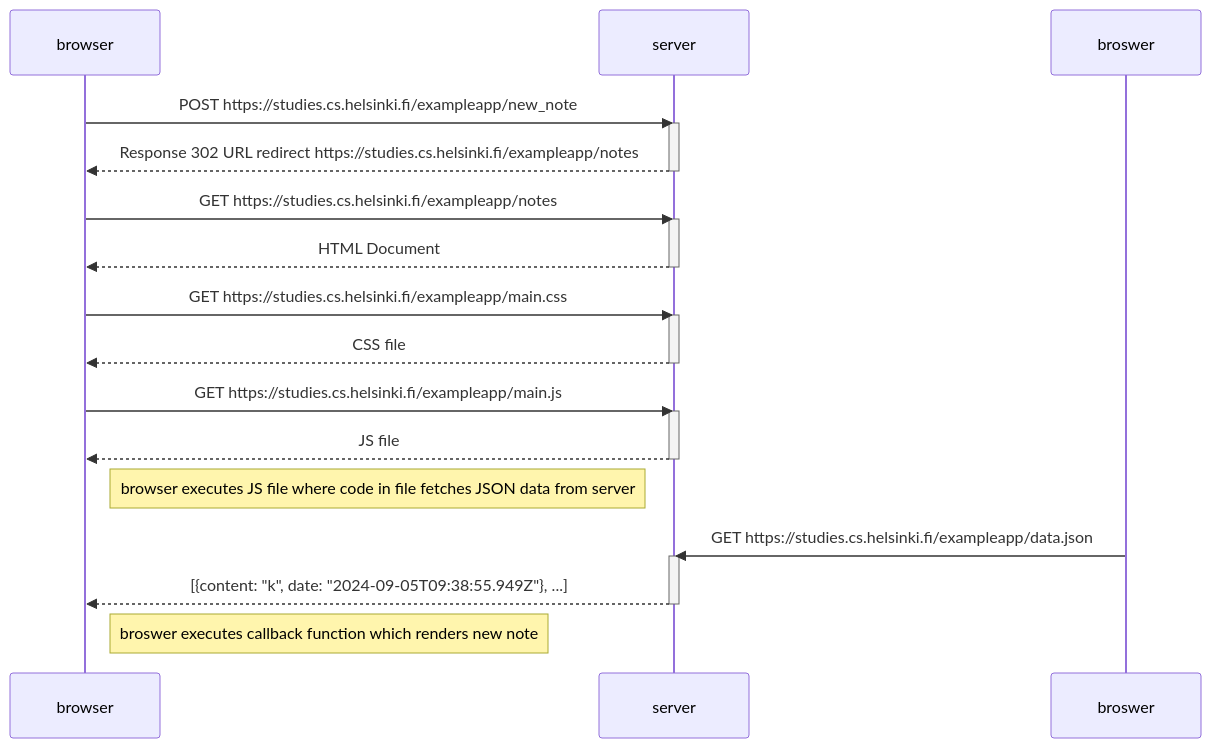
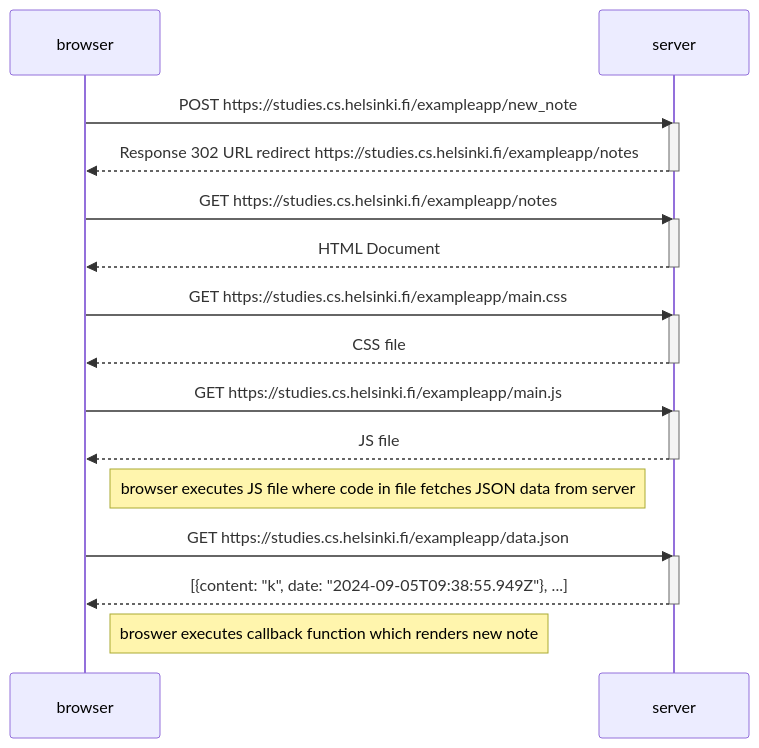
One commit to Ravindu2017/part0 changed the diagram in README.md. Above: the diagram before and after it, drawn with Mermaid.

````diff
--- a/README.md
+++ b/README.md
@@ -4,34 +4,34 @@
 ```mermaid
 sequenceDiagram
 participant browser
 participant server
 
 browser->>server: POST https://studies.cs.helsinki.fi/exampleapp/new_note
 activate server
 server-->>browser: Response 302 URL redirect https://studies.cs.helsinki.fi/exampleapp/notes
 deactivate server
 
 browser->>server: GET https://studies.cs.helsinki.fi/exampleapp/notes
 activate server
 server-->>browser: HTML Document
 deactivate server
 
 browser->>server: GET https://studies.cs.helsinki.fi/exampleapp/main.css
 activate server
 server-->>browser: CSS file
 deactivate server
 
 browser->>server: GET https://studies.cs.helsinki.fi/exampleapp/main.js
 activate server
 server-->>browser: JS file
 deactivate server
 
 Note right of browser: browser executes JS file where code in file fetches JSON data from server
 
-broswer->>server: GET https://studies.cs.helsinki.fi/exampleapp/data.json
+browser->>server: GET https://studies.cs.helsinki.fi/exampleapp/data.json
 activate server
 server-->>browser: [{content: "k", date: "2024-09-05T09:38:55.949Z"}, ...]
 deactivate server
 
 Note right of browser: broswer executes callback function which renders new note
 ```
````
